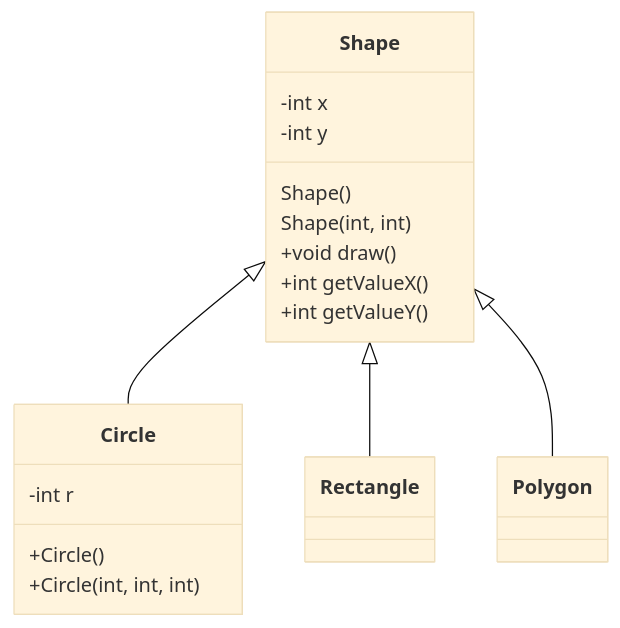
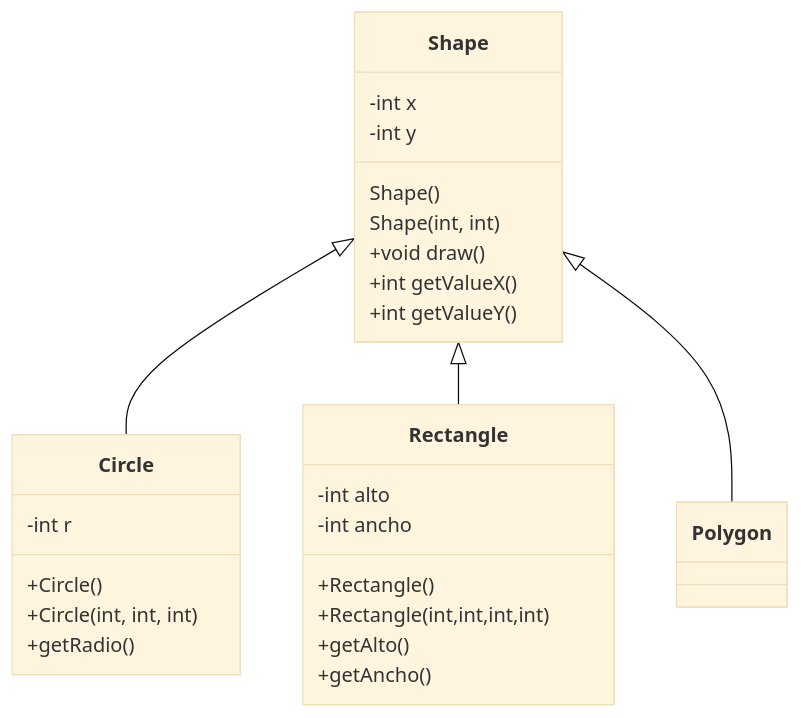
One commit to A01742102FerPerez/TC1030.cpp.herencia changed the first of 2 diagrams in assignments/01-ShapeCircleRectanglePolygon/README.md. Above: the diagram before and after it, drawn with Mermaid (base theme). The commit also changed 4 other files, not shown here.

````diff
--- a/assignments/01-ShapeCircleRectanglePolygon/README.md
+++ b/assignments/01-ShapeCircleRectanglePolygon/README.md
@@ -5,24 +5,31 @@
 ```mermaid
 classDiagram
       Shape <|-- Circle
       Shape <|-- Rectangle
       Shape <|-- Polygon
       Shape:-int x
       Shape:-int y
       Shape:Shape()
       Shape:Shape(int, int)
       Shape:+void draw()
       Shape:+int getValueX()
       Shape:+int getValueY()
       class Circle {
         -int r
         +Circle()
         +Circle(int, int, int)
+        +getRadio()
       }
-      class Rectangle {        
+      class Rectangle {  
+            -int alto
+            -int ancho
+            +Rectangle()
+            +Rectangle(int,int,int,int)
+            +getAlto()
+            +getAncho()    
       }
       class Polygon {
       }
         
 
 ```
````
